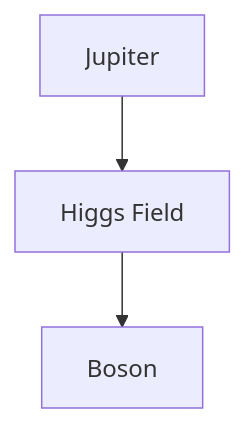
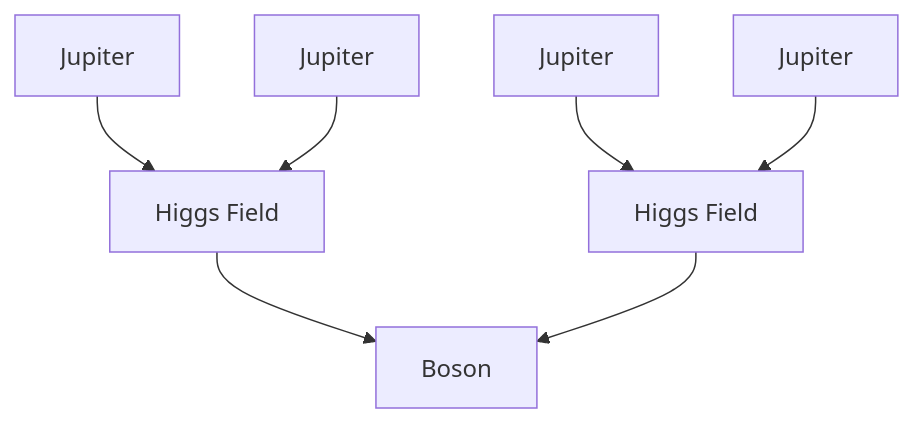
Before and after one commit to linkofdarkness/game-guides-and-utils: the first of 20 diagrams in games/desktop-defender/Crafting.md, drawn with Mermaid. The commit also changed other lines of this file and 2 other files, not shown here.

````diff
--- a/games/desktop-defender/Crafting.md
+++ b/games/desktop-defender/Crafting.md
@@ -124,8 +134,17 @@
 ```mermaid
 flowchart TD
-  jupiter["Jupiter"]
-  higgs_field["Higgs Field"]
+  jupiter1["Jupiter"]
+  jupiter2["Jupiter"]
+  jupiter3["Jupiter"]
+  jupiter4["Jupiter"]
+  higgs_field1["Higgs Field"]
+  higgs_field2["Higgs Field"]
   boson["Boson"]
-  higgs_field --> boson
-  jupiter --> higgs_field
+  higgs_field1 --> boson
+  higgs_field2 --> boson
+  jupiter1 --> higgs_field1
+  jupiter2 --> higgs_field1
+  jupiter3 --> higgs_field2
+  jupiter4 --> higgs_field2
+
 ```
````
